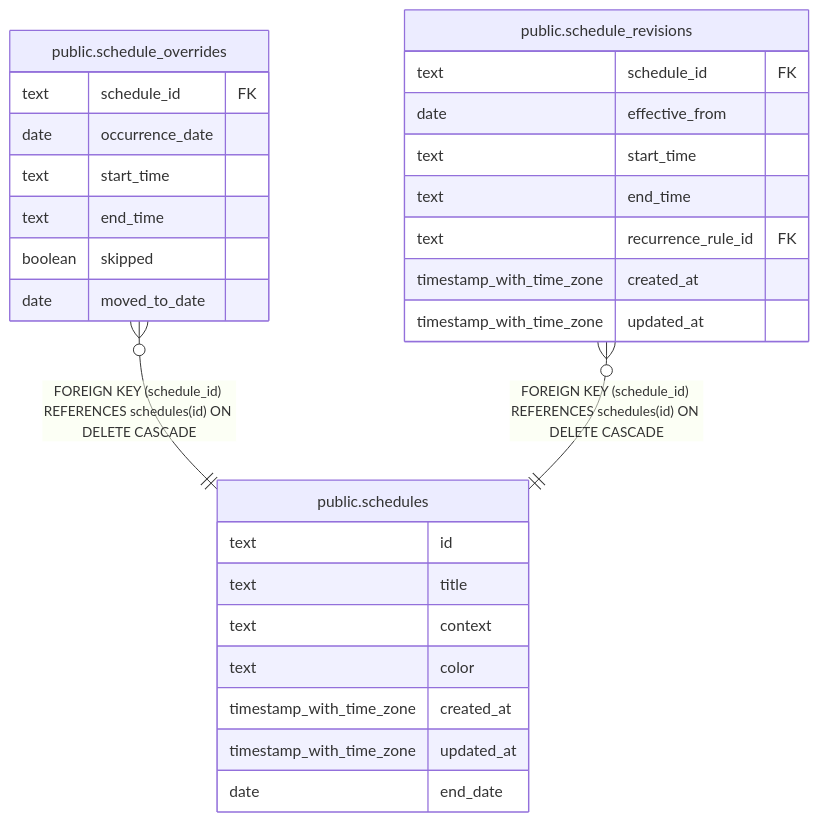
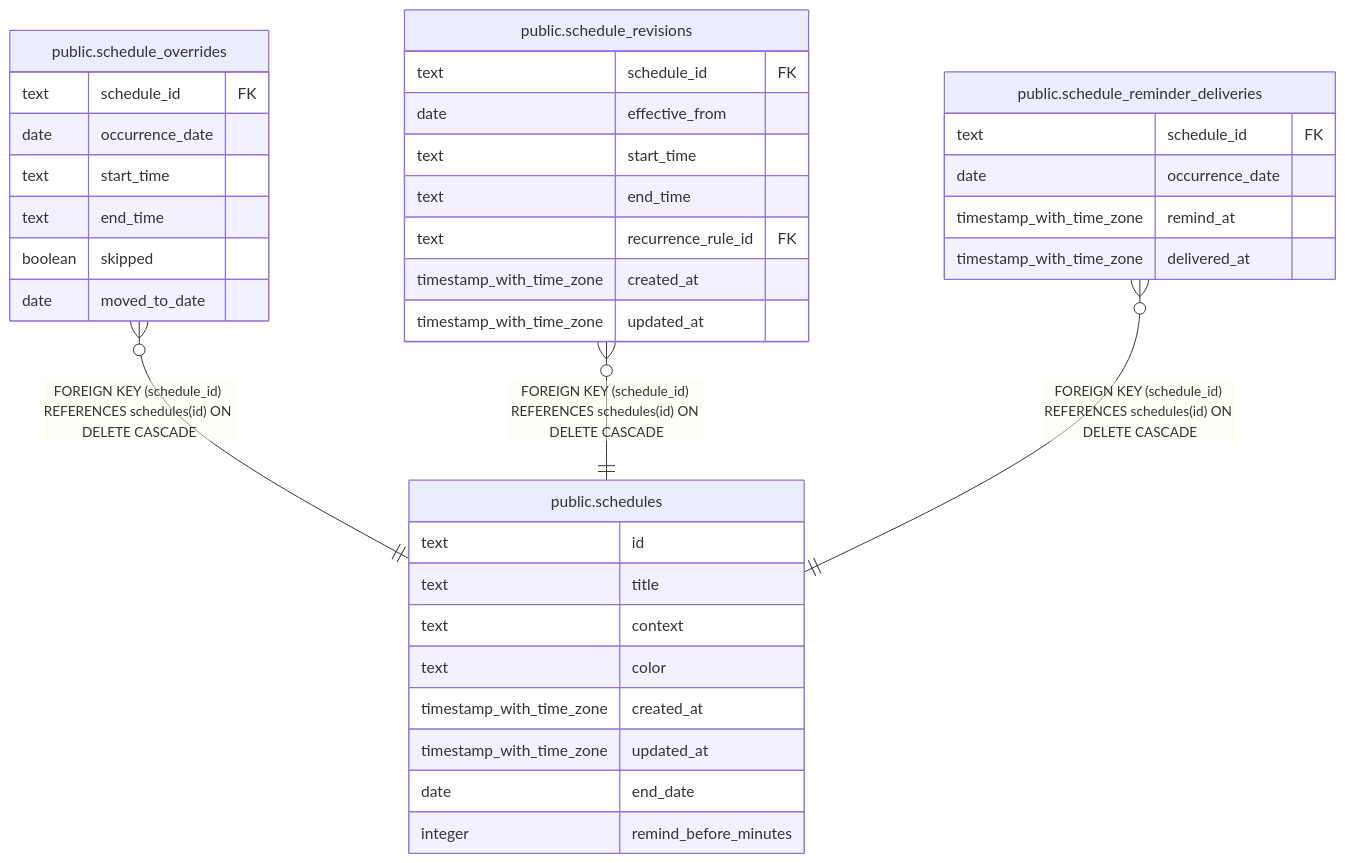
The diagram in api/docs/db/public.schedules.md (fohte/tq), drawn with Mermaid before and after one commit. The commit also changed other lines of this file and 27 other files, not shown here.

Commit message:
schedule: allow reminders before each occurrence (#986)

````diff
--- a/api/docs/db/public.schedules.md
+++ b/api/docs/db/public.schedules.md
@@ -39,33 +41,41 @@
 ```mermaid
 erDiagram
 
 "public.schedule_overrides" }o--|| "public.schedules" : "FOREIGN KEY (schedule_id) REFERENCES schedules(id) ON DELETE CASCADE"
 "public.schedule_revisions" }o--|| "public.schedules" : "FOREIGN KEY (schedule_id) REFERENCES schedules(id) ON DELETE CASCADE"
+"public.schedule_reminder_deliveries" }o--|| "public.schedules" : "FOREIGN KEY (schedule_id) REFERENCES schedules(id) ON DELETE CASCADE"
 
 "public.schedules" {
   text id
   text title
   text context
   text color
   timestamp_with_time_zone created_at
   timestamp_with_time_zone updated_at
   date end_date
+  integer remind_before_minutes
 }
 "public.schedule_overrides" {
   text schedule_id FK
   date occurrence_date
   text start_time
   text end_time
   boolean skipped
   date moved_to_date
 }
 "public.schedule_revisions" {
   text schedule_id FK
   date effective_from
   text start_time
   text end_time
   text recurrence_rule_id FK
   timestamp_with_time_zone created_at
   timestamp_with_time_zone updated_at
 }
+"public.schedule_reminder_deliveries" {
+  text schedule_id FK
+  date occurrence_date
+  timestamp_with_time_zone remind_at
+  timestamp_with_time_zone delivered_at
+}
 ```
````
